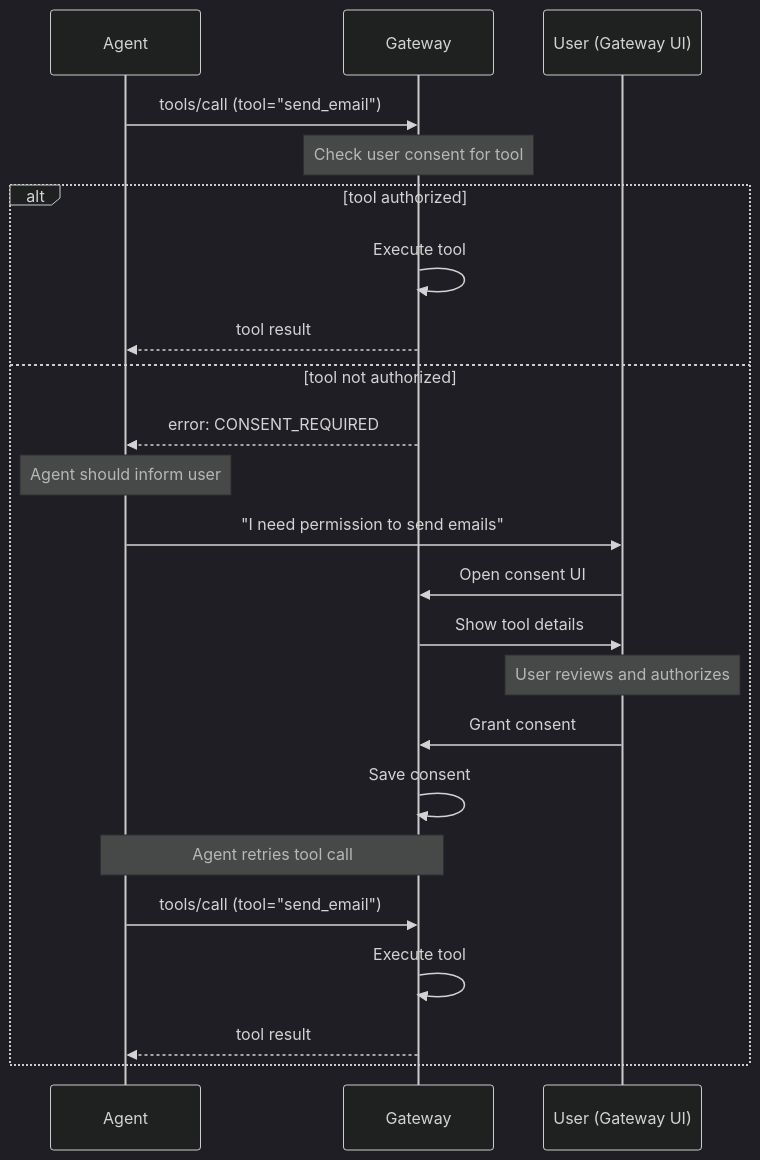
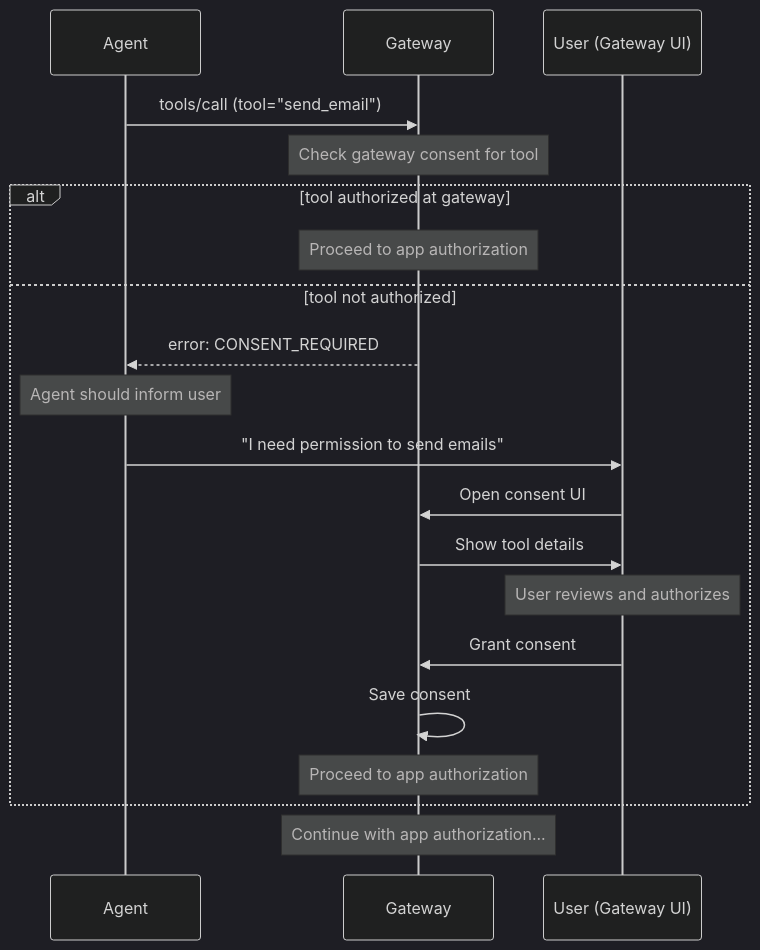
One commit to gybob/aai-protocol changed the first of 2 diagrams in spec/security.md. Above: the diagram before and after it, drawn with Mermaid (dark theme). The commit also changed other lines of this file and 1 other file, not shown here.

First line of the commit message:
fix: 修正授权描述 + Web OAuth 添加 aai_tools 参数传递已授权工具列表

````diff
--- a/spec/security.md
+++ b/spec/security.md
@@ -29,28 +41,26 @@
 ```mermaid
 sequenceDiagram
     participant A as Agent
     participant G as Gateway
     participant U as User (Gateway UI)
     
     A->>G: tools/call (tool="send_email")
     
-    Note over G: Check user consent for tool
+    Note over G: Check gateway consent for tool
     
-    alt tool authorized
-        G->>G: Execute tool
-        G-->>A: tool result
+    alt tool authorized at gateway
+        Note over G: Proceed to app authorization
     else tool not authorized
         G-->>A: error: CONSENT_REQUIRED
         Note over A: Agent should inform user
         A->>U: "I need permission to send emails"
         U->>G: Open consent UI
         G->>U: Show tool details
         Note over U: User reviews and authorizes
         U->>G: Grant consent
         G->>G: Save consent
-        Note over A,G: Agent retries tool call
-        A->>G: tools/call (tool="send_email")
-        G->>G: Execute tool
-        G-->>A: tool result
+        Note over G: Proceed to app authorization
     end
+    
+    Note over G: Continue with app authorization...
 ```
````
